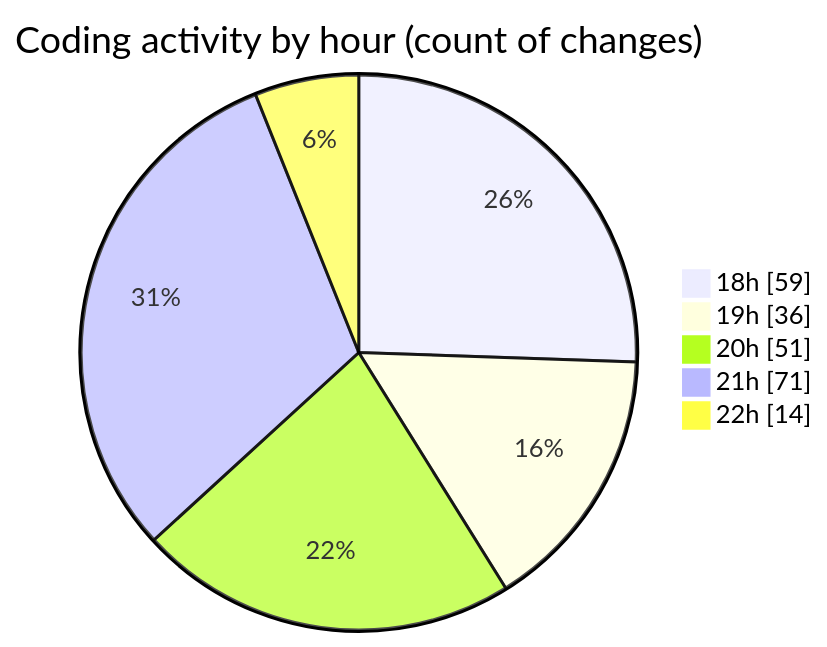
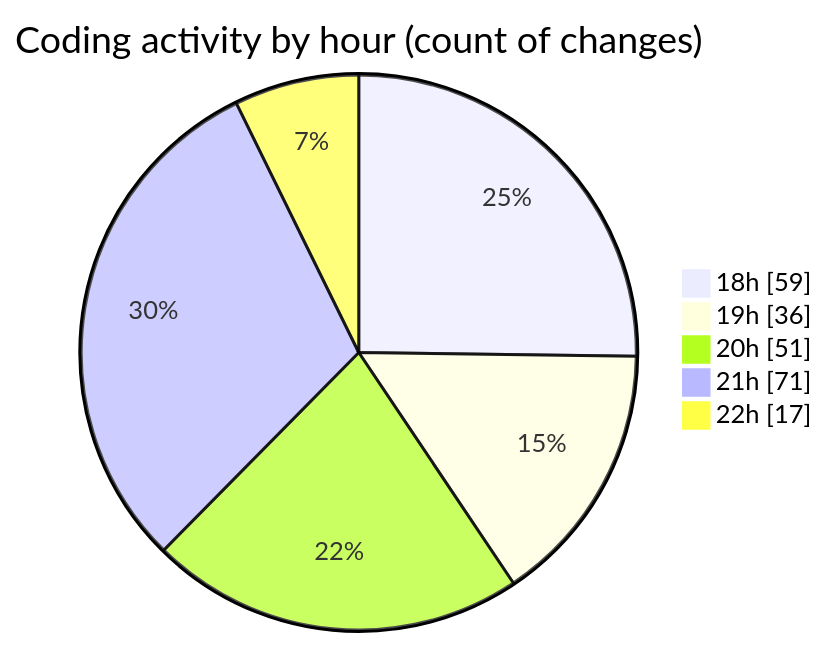
Before and after one commit to Netris89/code-tracking: the second of 2 diagrams in 2025-04-02/back-end/README.md, drawn with Mermaid. The commit also changed other lines of this file and 1 other file, not shown here.

````diff
--- a/2025-04-02/back-end/README.md
+++ b/2025-04-02/back-end/README.md
@@ -42,9 +43,9 @@
 ```mermaid
 pie showData
 title Coding activity by hour (count of changes)
 "18h" : 59
 "19h" : 36
 "20h" : 51
 "21h" : 71
-"22h" : 14
+"22h" : 17
 ```
````
